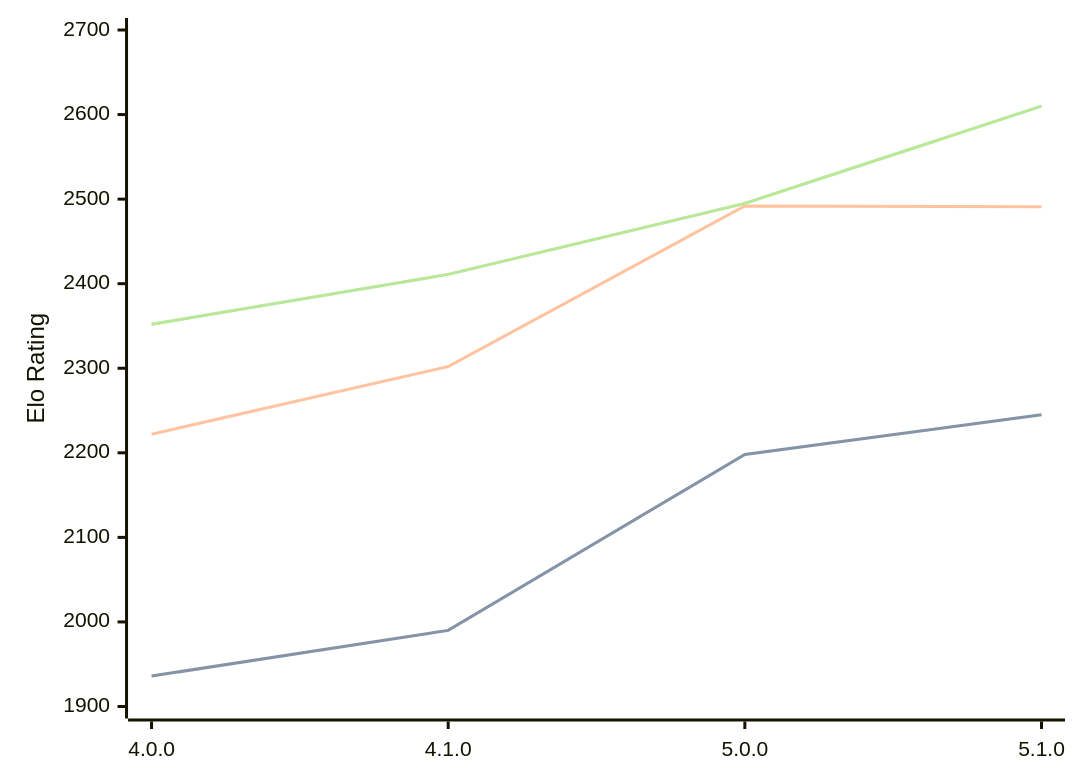
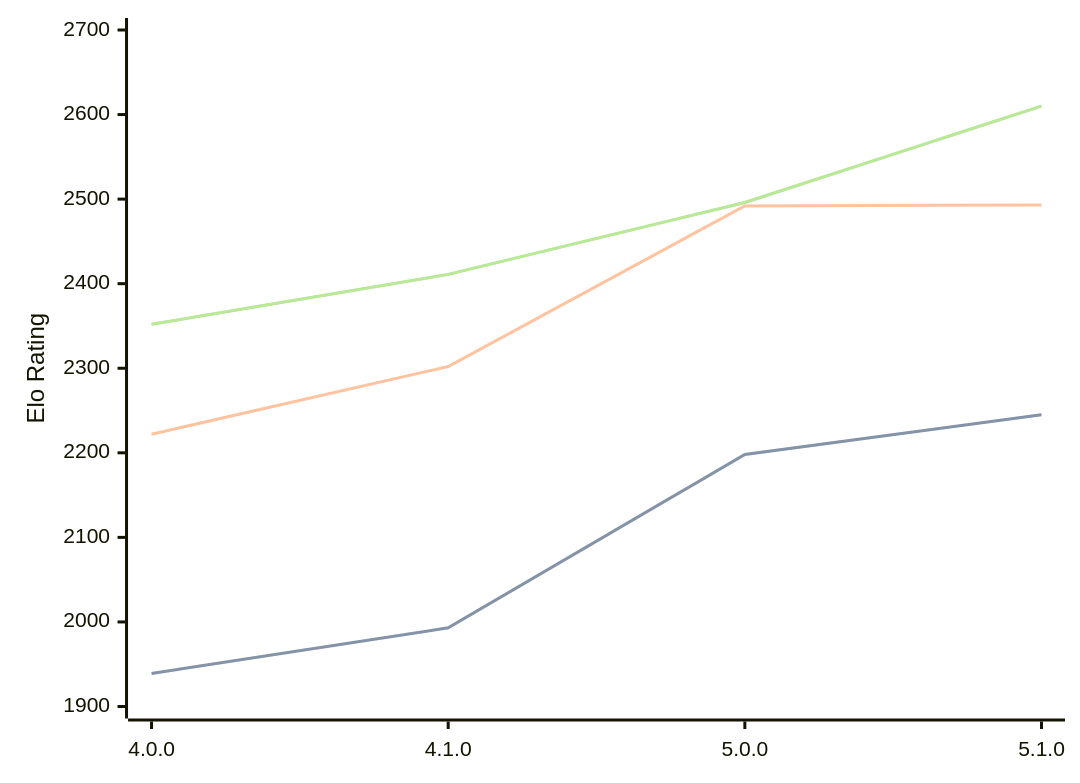
The diagram in engines/Aconcagua.md (computer-chess-index/cci), drawn with Mermaid before and after one commit. The commit also changed other lines of this file, not shown here.

Commit message:
Update CCI Ratings (ELO VLTC) - 2026-04-19

````diff
--- a/engines/Aconcagua.md
+++ b/engines/Aconcagua.md
@@ -43,11 +43,11 @@
 ```mermaid
 %%{init: {"theme":"base","themeVariables":{"seriesColors:['#a3a3a3','#222221','#faa371']}}}%%
 xychart-beta
   x-axis ["4.0.0", "4.1.0", "5.0.0", "5.1.0"]
   y-axis "Elo Rating" 1900 --> 2700
-  line "STC (8.0+0.08s)" [1936, 1990, 2198, 2245]
-  line "STC (8.0+0.08s)" [1936, 1990, 2198, 2245]
-  line "LTC (60.0+0.60s)" [2222, 2302, 2492, 2491]
-  line "VLTC (2m24s+1.12s)" [2352, 2411, 2495, 2610]
-  line "VLTC (2m24s+1.12s)" [2352, 2411, 2495, 2610]
+  line "STC (8.0+0.08s)" [1939, 1993, 2198, 2245]
+  line "STC (8.0+0.08s)" [1939, 1993, 2198, 2245]
+  line "LTC (60.0+0.60s)" [2222, 2302, 2492, 2493]
+  line "VLTC (2m24s+1.12s)" [2352, 2411, 2496, 2610]
+  line "VLTC (2m24s+1.12s)" [2352, 2411, 2496, 2610]
 ```
````
